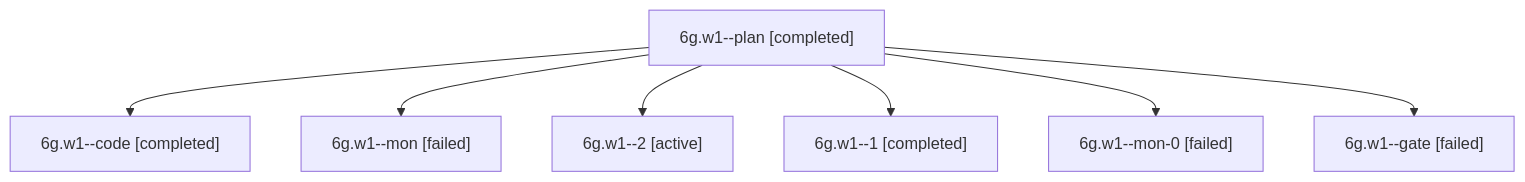
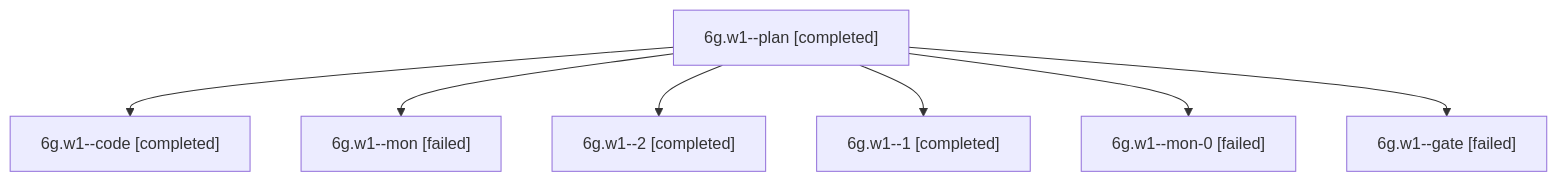
The diagram in sessions/bbugyi200.apollo.6g.w1.md (bobs-org/bob-cli--agents), drawn with Mermaid before and after one commit. The commit also changed other lines of this file and 67 other files, not shown here.

````diff
--- a/sessions/bbugyi200.apollo.6g.w1.md
+++ b/sessions/bbugyi200.apollo.6g.w1.md
@@ -9,16 +9,16 @@
 ```mermaid
 flowchart TD
   n0["6g.w1--plan [completed]"]
   n1["6g.w1--code [completed]"]
   n0 --> n1
   n2["6g.w1--mon [failed]"]
   n0 --> n2
-  n3["6g.w1--2 [active]"]
+  n3["6g.w1--2 [completed]"]
   n0 --> n3
   n4["6g.w1--1 [completed]"]
   n0 --> n4
   n5["6g.w1--mon-0 [failed]"]
   n0 --> n5
   n6["6g.w1--gate [failed]"]
   n0 --> n6
 ```
````
